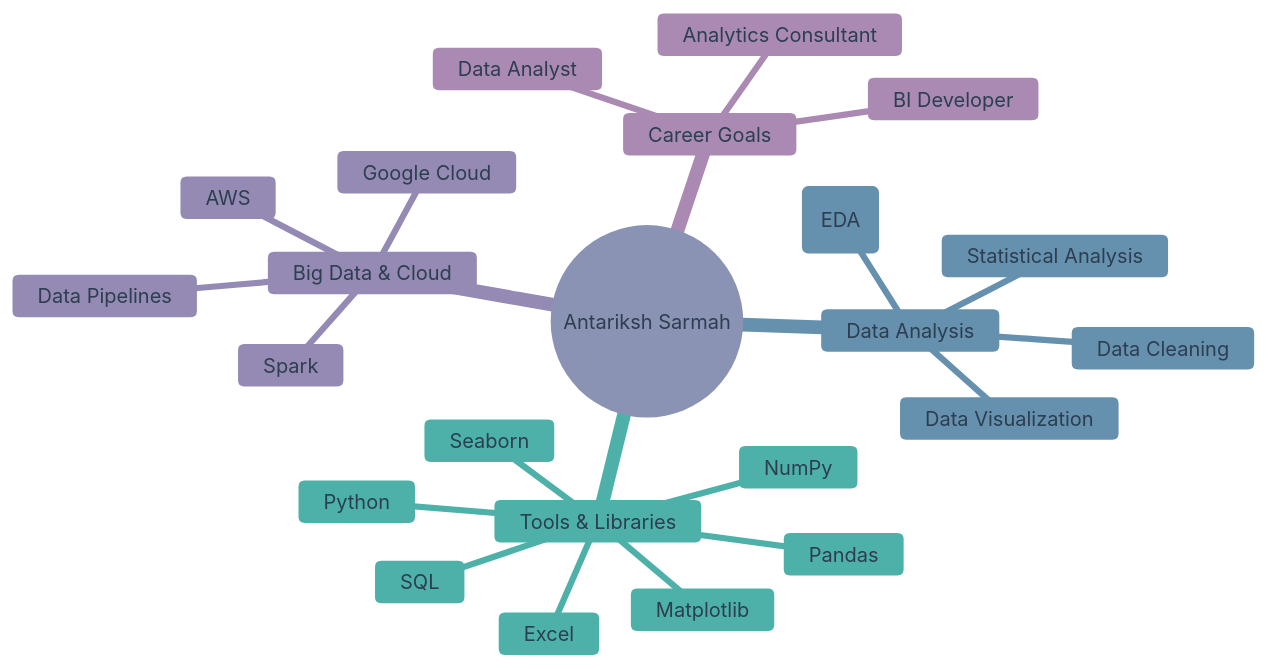
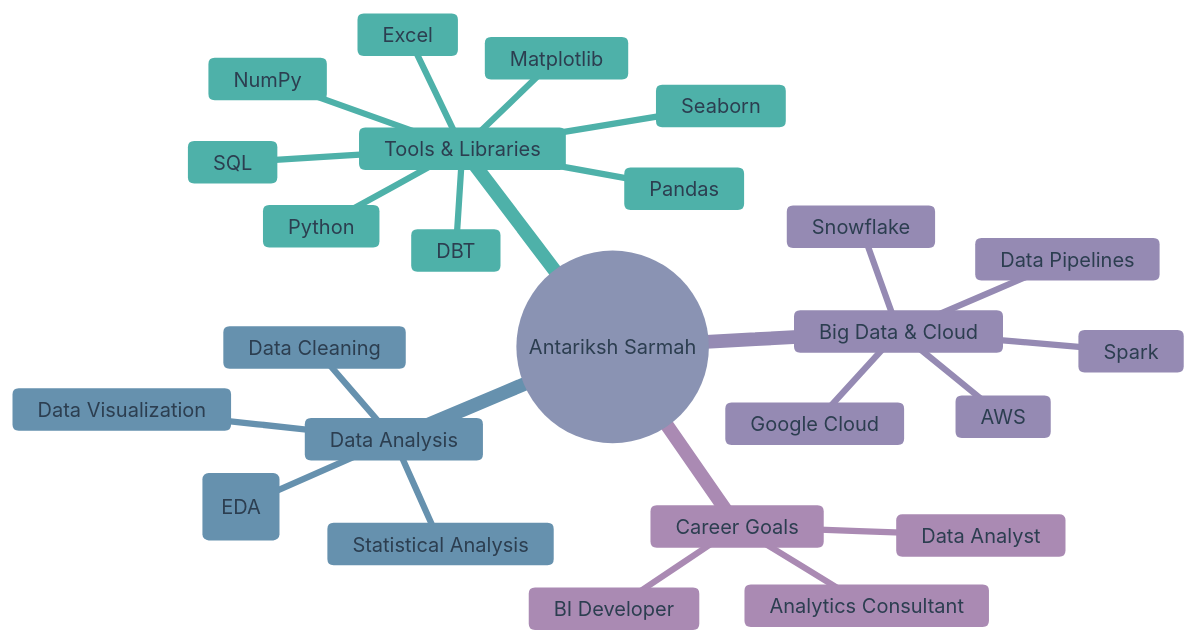
The diagram in README.md (AntSpace14/AntSpace14), drawn with Mermaid before and after one commit. The commit also changed other lines of this file, not shown here.

````diff
--- a/README.md
+++ b/README.md
@@ -146,41 +124,43 @@
 ```mermaid
 mindmap
   root((Antariksh Sarmah))
     Data Analysis
       Exploratory Data Analysis (EDA)
       Statistical Analysis
       Data Cleaning
       Data Visualization
     Tools & Libraries
       Python
       Pandas
       NumPy
       Matplotlib
       Seaborn
       SQL
+      DBT
       Excel
     Big Data & Cloud
       Spark
       AWS
+      Snowflake
       Google Cloud
       Data Pipelines
     Career Goals
       Data Analyst
       BI Developer
       Analytics Consultant
 
 %%{init: {'theme':'base', 'themeVariables': { 
   'primaryColor': '#D7DAE5',
   'primaryTextColor': '#2C3E50',
   'primaryBorderColor': '#8EAF9D',
   'lineColor': '#A6D8D4',
   'secondaryColor': '#B9CDDA',
   'secondaryTextColor': '#2C3E50',
   'secondaryBorderColor': '#8EAF9D',
   'tertiaryColor': '#A6D8D4',
   'tertiaryTextColor': '#2C3E50',
   'tertiaryBorderColor': '#8EAF9D',
   'nodeBorder': '#8EAF9D',
   'nodeTextColor': '#2C3E50'
 }}}%%
 ```
````
